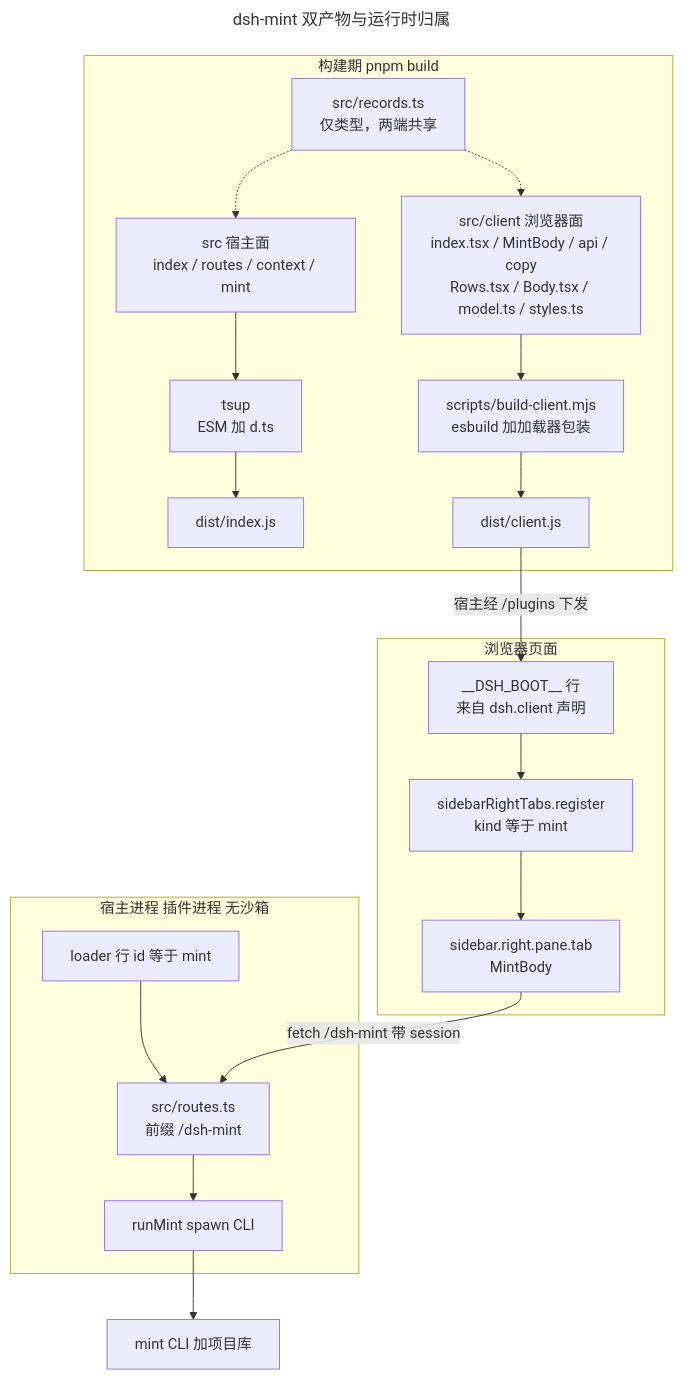
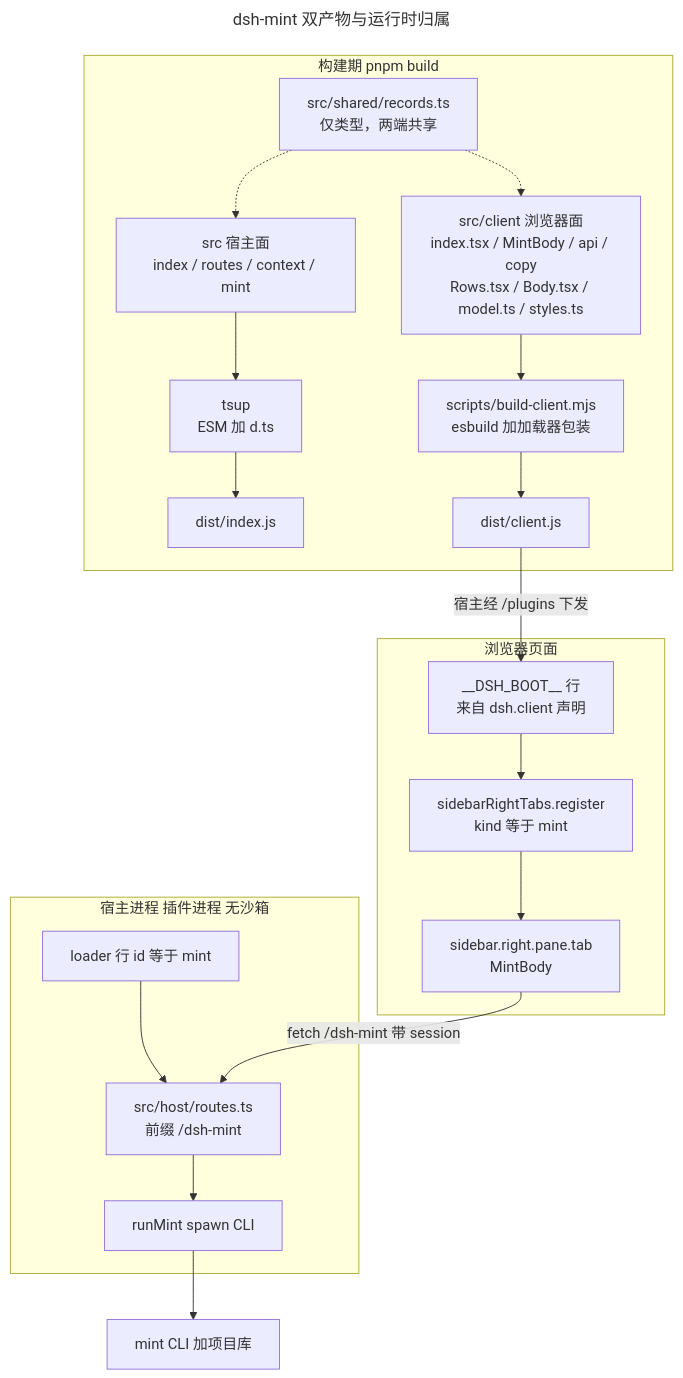
The first of 2 diagrams in notes/client-architecture.md (yanqd0/dsh-mint), drawn with Mermaid before and after one commit. The commit also changed other lines of this file and 19 other files, not shown here.

````diff
--- a/notes/client-architecture.md
+++ b/notes/client-architecture.md
@@ -24,32 +24,32 @@
 ```mermaid
 ---
 title: dsh-mint 双产物与运行时归属
 ---
 flowchart TB
   subgraph build["构建期 pnpm build"]
     srchost["src 宿主面<br/>index / routes / context / mint"]
     srcclient["src/client 浏览器面<br/>index.tsx / MintBody / api / copy<br/>Rows.tsx / Body.tsx / model.ts / styles.ts"]
-    shared["src/records.ts<br/>仅类型，两端共享"]
+    shared["src/shared/records.ts<br/>仅类型，两端共享"]
     tsup["tsup<br/>ESM 加 d.ts"]
     esb["scripts/build-client.mjs<br/>esbuild 加加载器包装"]
     srchost --> tsup --> dhost["dist/index.js"]
     srcclient --> esb --> dclient["dist/client.js"]
     shared -.-> srchost
     shared -.-> srcclient
   end
   subgraph hostside["宿主进程 插件进程 无沙箱"]
     row["loader 行 id 等于 mint"]
-    routes["src/routes.ts<br/>前缀 /dsh-mint"]
+    routes["src/host/routes.ts<br/>前缀 /dsh-mint"]
     runner["runMint spawn CLI"]
     row --> routes --> runner
   end
   subgraph pageside["浏览器页面"]
     boot["__DSH_BOOT__ 行<br/>来自 dsh.client 声明"]
     tabtype["sidebarRightTabs.register<br/>kind 等于 mint"]
     body["sidebar.right.pane.tab<br/>MintBody"]
     boot --> tabtype --> body
   end
   dclient -->|"宿主经 /plugins 下发"| boot
   body -->|"fetch /dsh-mint 带 session"| routes
   runner --> cli["mint CLI 加项目库"]
 ```
````
